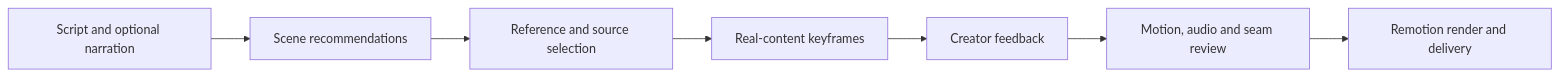
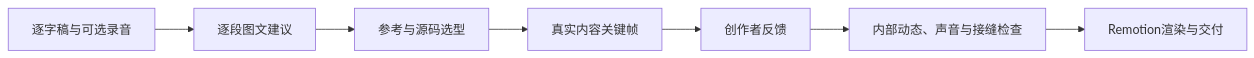
One commit to njrhts2kvv-star/FredTalk changed the diagram in README.md. Above: the diagram before and after it, drawn with Mermaid. The commit also changed other lines of this file and 2 other files, not shown here.

````diff
--- a/README.md
+++ b/README.md
@@ -32,9 +32,9 @@
 ```mermaid
 flowchart LR
-    A[Script and optional narration] --> B[Scene recommendations]
-    B --> C[Reference and source selection]
-    C --> D[Real-content keyframes]
-    D --> E[Creator feedback]
-    E --> F[Motion, audio and seam review]
-    F --> G[Remotion render and delivery]
+    A[逐字稿与可选录音] --> B[逐段图文建议]
+    B --> C[参考与源码选型]
+    C --> D[真实内容关键帧]
+    D --> E[创作者反馈]
+    E --> F[内部动态、声音与接缝检查]
+    F --> G[Remotion渲染与交付]
 ```
````
